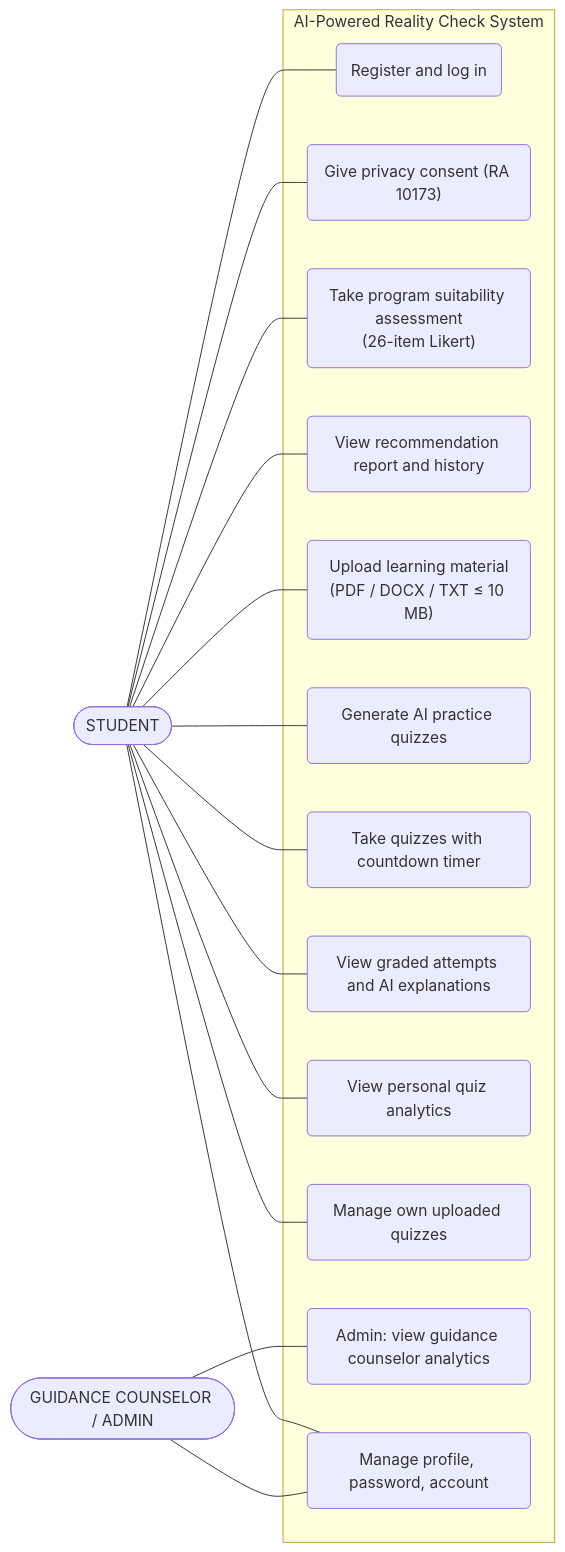
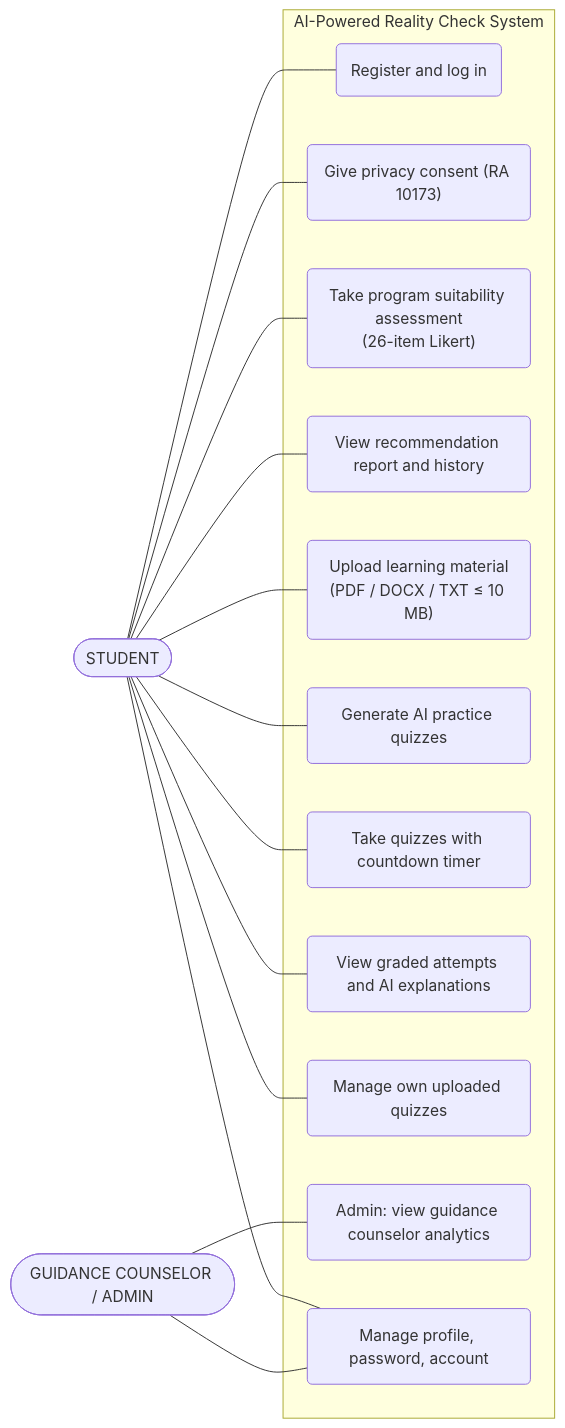
One commit to natsuck/realitycheckai changed the diagram in docs/thesis-diagrams/11-usecase-diagram.md. Above: the diagram before and after it, drawn with Mermaid. The commit also changed 47 other files, not shown here.

````diff
--- a/docs/thesis-diagrams/11-usecase-diagram.md
+++ b/docs/thesis-diagrams/11-usecase-diagram.md
@@ -3,34 +3,32 @@
 ```mermaid
 flowchart LR
     S([STUDENT])
     C([GUIDANCE COUNSELOR / ADMIN])
 
     subgraph SYSTEM["AI-Powered Reality Check System"]
         UC1("Register and log in")
         UC2("Give privacy consent (RA 10173)")
         UC3("Take program suitability assessment<br/>(26-item Likert)")
         UC4("View recommendation report and history")
         UC5("Upload learning material<br/>(PDF / DOCX / TXT ≤ 10 MB)")
         UC6("Generate AI practice quizzes")
         UC7("Take quizzes with countdown timer")
         UC8("View graded attempts and AI explanations")
-        UC9("View personal quiz analytics")
         UC10("Manage own uploaded quizzes")
         UC11("Admin: view guidance counselor analytics")
         UC12("Manage profile, password, account")
     end
 
     S --- UC1
     S --- UC2
     S --- UC3
     S --- UC4
     S --- UC5
     S --- UC6
     S --- UC7
     S --- UC8
-    S --- UC9
     S --- UC10
     S --- UC12
     C --- UC11
     C --- UC12
 ```
````
